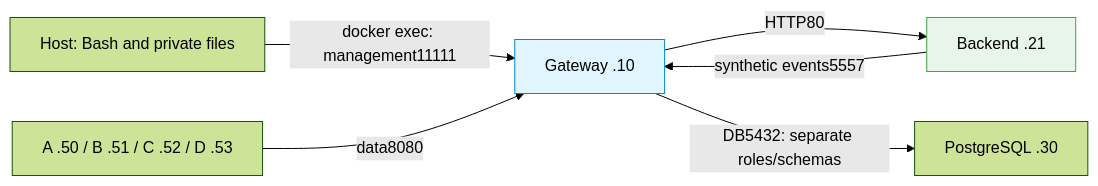
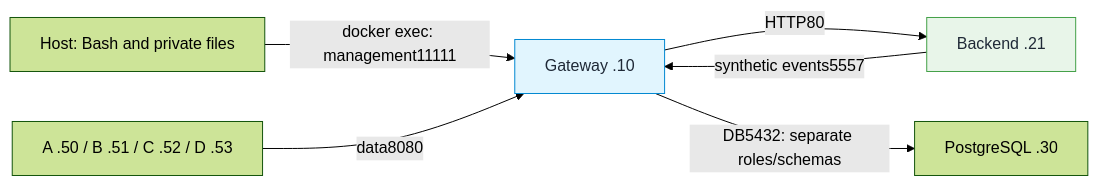
Before and after one commit to loxilb-io/loxilbdocs-inference-gateway: the diagram in docs/use-cases/edge-cloud-security/setup.md, drawn with Mermaid (forest theme). The commit also changed other lines of this file and 73 other files, not shown here.

````diff
--- a/docs/use-cases/edge-cloud-security/setup.md
+++ b/docs/use-cases/edge-cloud-security/setup.md
@@ -92,10 +114,10 @@
 ```mermaid
 flowchart LR
     H["Host: Bash and private files"] -->|"docker exec: management11111"| G["Gateway .10"]
     C["A .50 / B .51 / C .52 / D .53"] -->|"data8080"| G
     G -->|"HTTP80"| E["Backend .21"]
     G -->|"DB5432: separate roles/schemas"| P["PostgreSQL .30"]
     E -->|"synthetic events5557"| G
-    style G fill:#e1f5fe,stroke:#0288d1
-    style E fill:#e8f5e9,stroke:#43a047
+    style G fill:#e1f5fe,stroke:#0288d1,color:#1f2937
+    style E fill:#e8f5e9,stroke:#43a047,color:#1f2937
 ```
````
